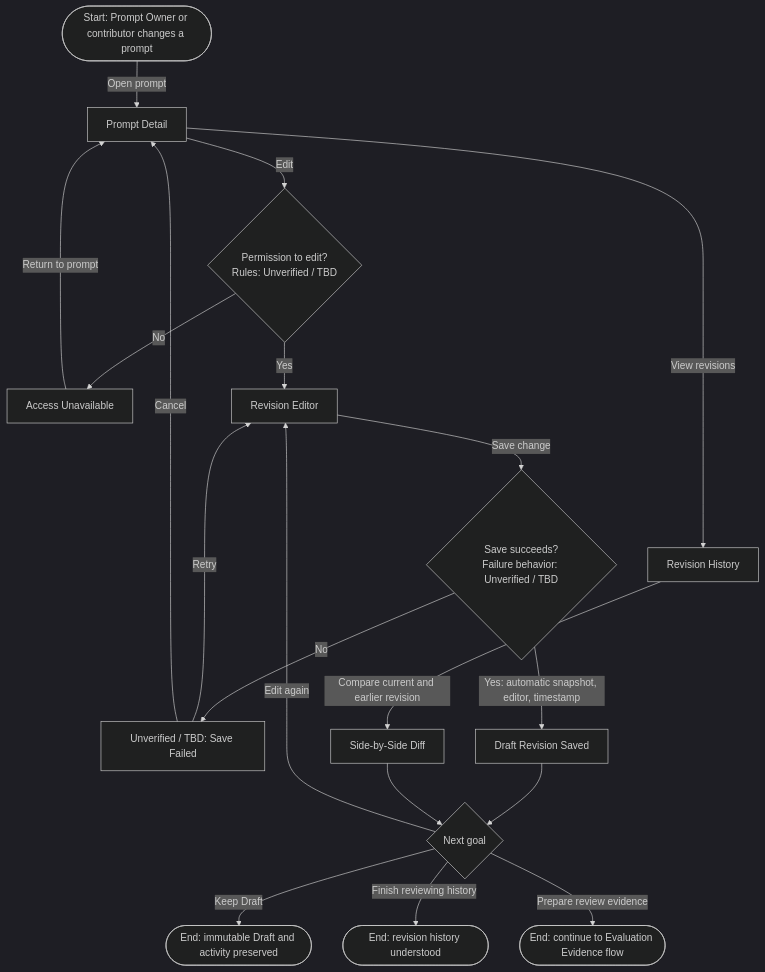
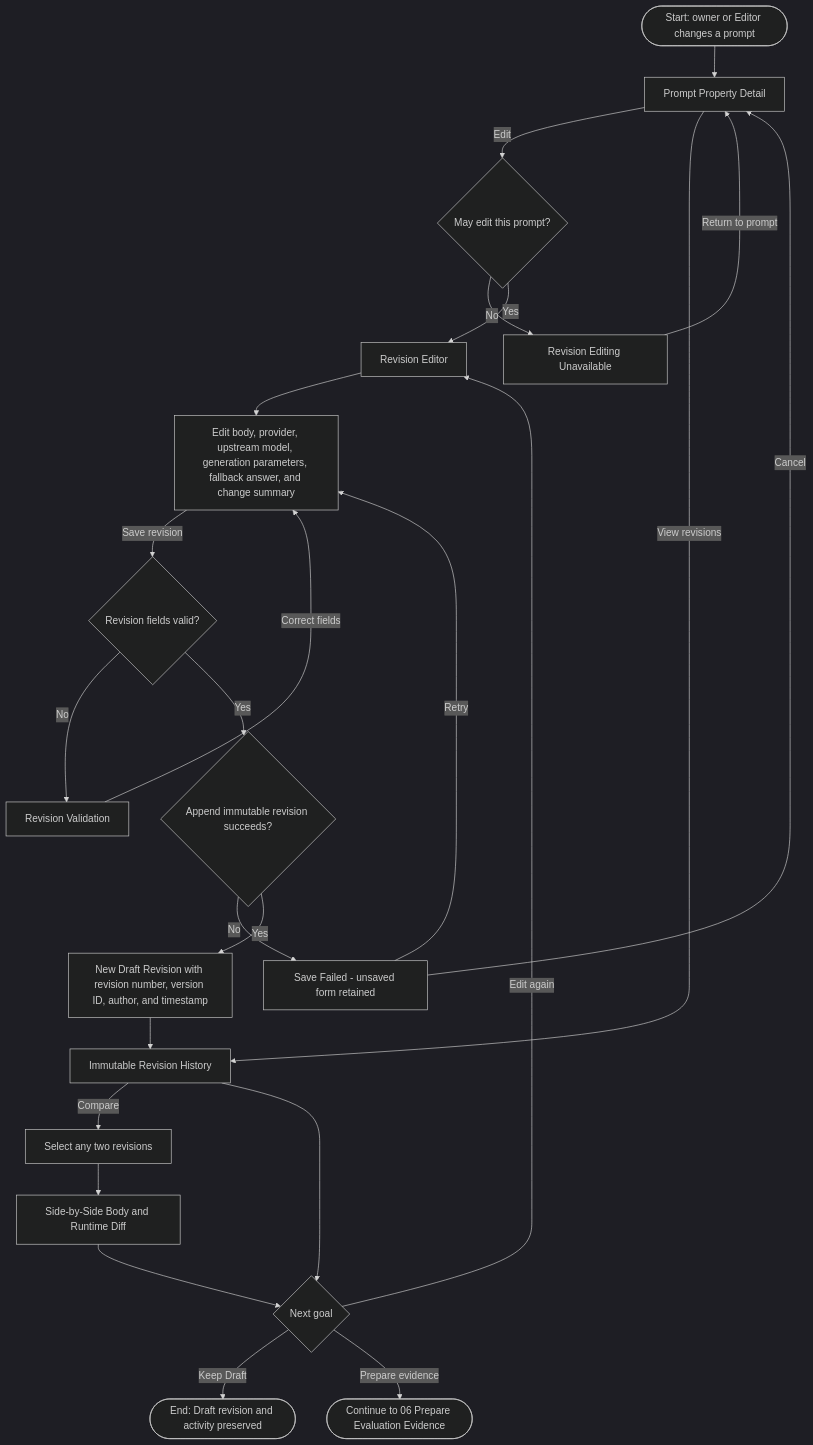
Before and after one commit to ngohuunghia-123/Prope_Prompt_Versioning: the diagram in docs/user-flows/05-manage-revisions.mmd, drawn with Mermaid (dark theme). The commit also changed 9 other files, not shown here.

```diff
--- a/docs/user-flows/05-manage-revisions.mmd
+++ b/docs/user-flows/05-manage-revisions.mmd
@@ -1,36 +1,47 @@
 flowchart TD
-    %% Sources: prope_source_of_truth.md S2, S3, H-02, MVP; business-analysis.md FR-02/FR-04.
+    %% Sources: brainstorm/00_context.md Scope, A-002, A-024, A-032, A-047,
+    %% ADR-0002 and prompt-registry.lock.yml.
 
-    start([Start: Prompt Owner or contributor changes a prompt])
-    detail[Prompt Detail]
-    permission{Permission to edit?\nRules: Unverified / TBD}
-    denied[Access Unavailable]
+    start([Start: owner or Editor changes a prompt])
+    detail[Prompt Property Detail]
+    permission{May edit this prompt?}
+    denied[Revision Editing Unavailable]
     editor[Revision Editor]
-    save{Save succeeds?\nFailure behavior: Unverified / TBD}
-    failure[Unverified / TBD: Save Failed]
-    draft[Draft Revision Saved]
-    history[Revision History]
-    compare[Side-by-Side Diff]
+    edit[Edit body, provider, upstream model, generation parameters, fallback answer, and change summary]
+    validate{Revision fields valid?}
+    invalid[Revision Validation]
+    save{Append immutable revision succeeds?}
+    failure[Save Failed - unsaved form retained]
+    draft[New Draft Revision with revision number, version ID, author, and timestamp]
+    history[Immutable Revision History]
+    select_pair[Select any two revisions]
+    compare[Side-by-Side Body and Runtime Diff]
     next{Next goal}
-    end_draft([End: immutable Draft and activity preserved])
-    end_view([End: revision history understood])
-    evaluation([End: continue to Evaluation Evidence flow])
+    end_draft([End: Draft revision and activity preserved])
+    evaluation_handoff([Continue to 06 Prepare Evaluation Evidence])
 
-    start -->|Open prompt| detail
+    start --> detail
     detail -->|Edit| permission
     permission -->|No| denied
     denied -->|Return to prompt| detail
     permission -->|Yes| editor
-    editor -->|Save change| save
+    editor --> edit
+    edit -->|Save revision| validate
+    validate -->|No| invalid
+    invalid -->|Correct fields| edit
+    validate -->|Yes| save
     save -->|No| failure
-    failure -->|Retry| editor
+    failure -->|Retry| edit
     failure -->|Cancel| detail
-    save -->|Yes: automatic snapshot, editor, timestamp| draft
-    draft --> next
+    save -->|Yes| draft
+    draft --> history
     detail -->|View revisions| history
-    history -->|Compare current and earlier revision| compare
+    history -->|Compare| select_pair
+    select_pair --> compare
+    history --> next
     compare --> next
     next -->|Edit again| editor
     next -->|Keep Draft| end_draft
-    next -->|Finish reviewing history| end_view
-    next -->|Prepare review evidence| evaluation
+    next -->|Prepare evidence| evaluation_handoff
+
+    %% Existing revision rows are never updated or deleted; diff is computed on demand.
```
